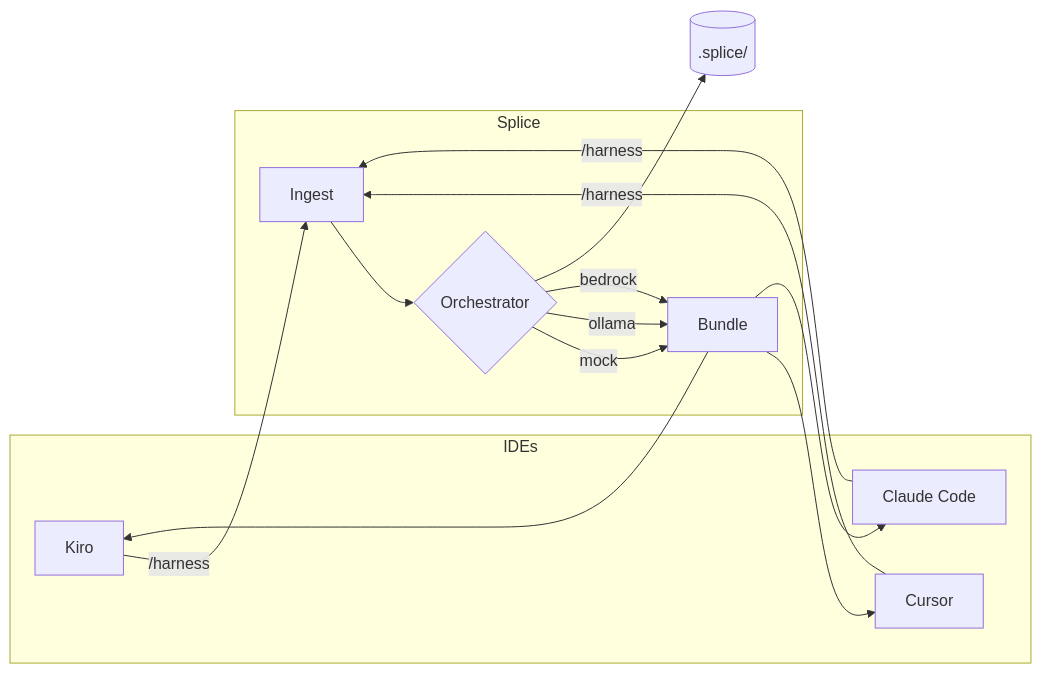
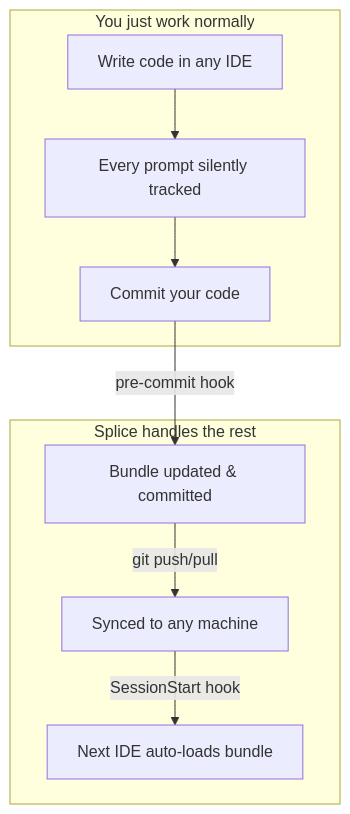
One commit to hsaenzG/splice changed the diagram in README.md. Above: the diagram before and after it, drawn with Mermaid. The commit also changed other lines of this file and 11 other files, not shown here.

First line of the commit message:
feat: zero-friction UX — auto context tracking, pre-commit sync, cross-machine bundle

````diff
--- a/README.md
+++ b/README.md
@@ -127,25 +38,14 @@
 ```mermaid
-flowchart LR
-    subgraph IDEs
-        K[Kiro]
-        C[Cursor]
-        CC[Claude Code]
+flowchart TD
+    subgraph "You just work normally"
+        W[Write code in any IDE]
+        W --> P[Every prompt silently tracked]
+        P --> C[Commit your code]
     end
 
-    subgraph SpliceLayer["Splice"]
-        I[Ingest] --> O{Orchestrator}
-        O -->|mock| B[Bundle]
-        O -->|ollama| B
-        O -->|bedrock| B
+    subgraph "Splice handles the rest"
+        C -->|pre-commit hook| B[Bundle updated & committed]
+        B -->|git push/pull| S[Synced to any machine]
+        S -->|SessionStart hook| I[Next IDE auto-loads bundle]
     end
-
-    S[(.splice/)]
-
-    K -->|/harness| I
-    C -->|/harness| I
-    CC -->|/harness| I
-    O --> S
-    B --> K
-    B --> C
-    B --> CC
 ```
````
